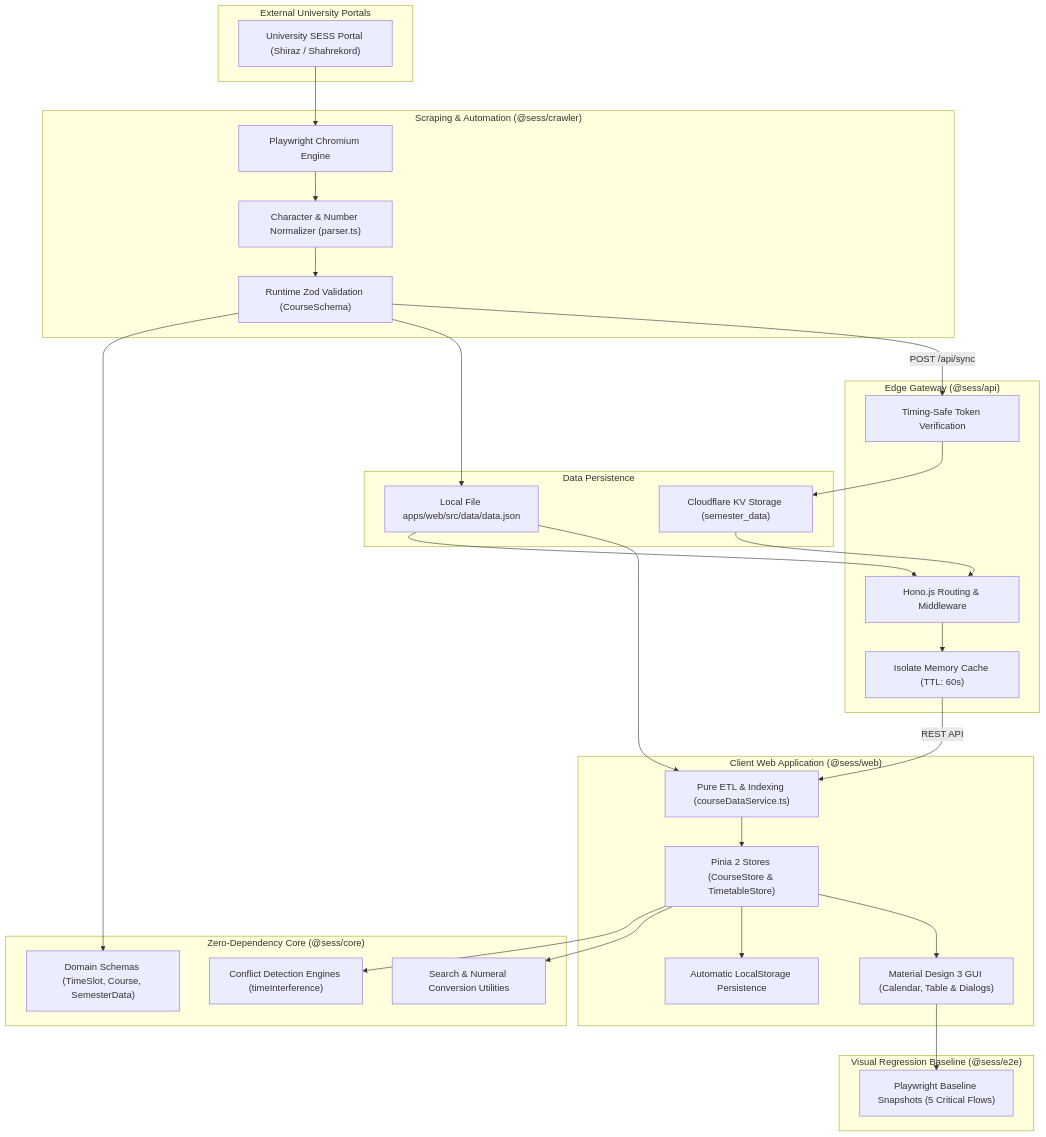
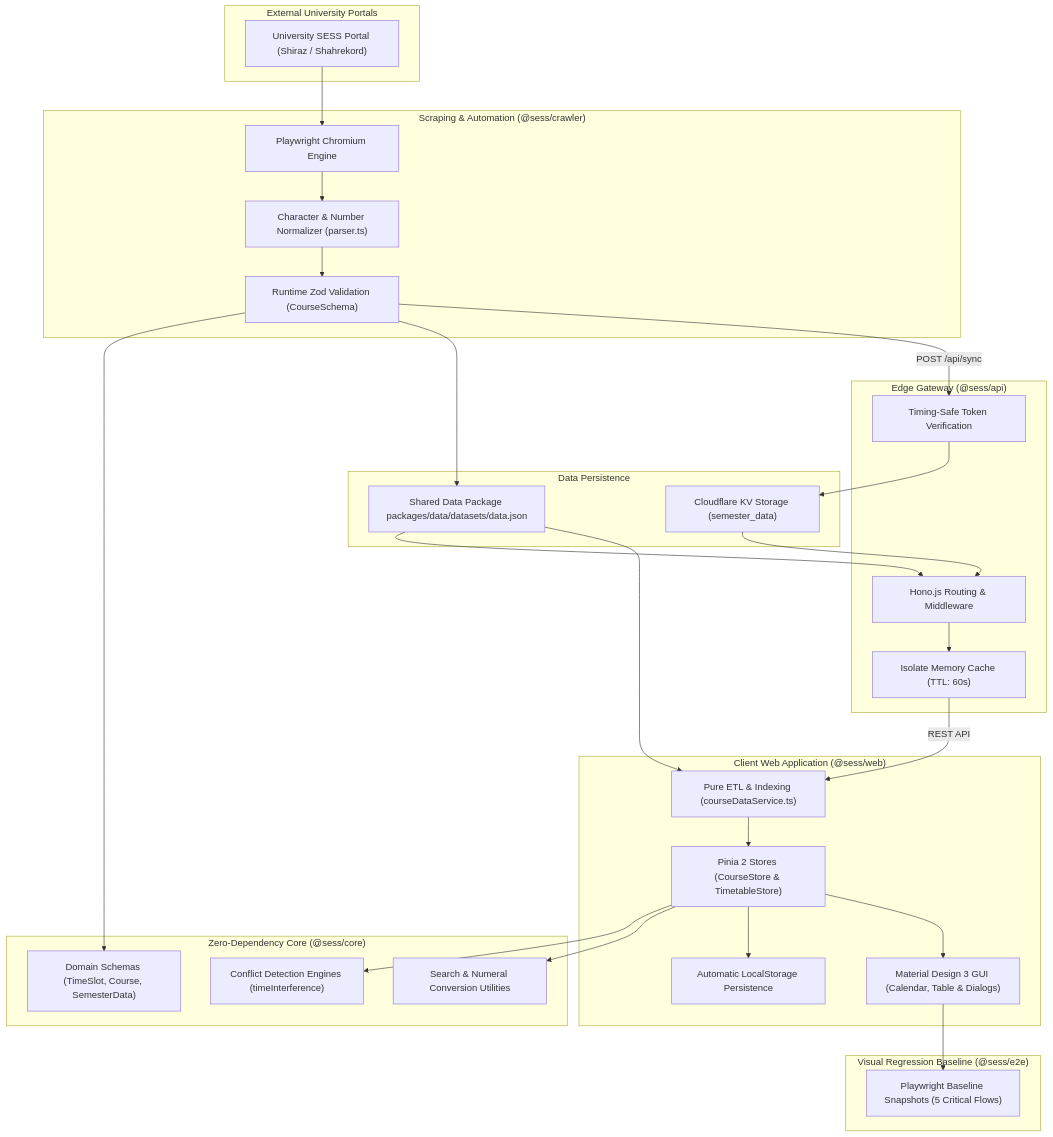
The diagram in apps/docs/en/architecture/core-first.md (rashcode-com/Sess-Timetabling-App), drawn with Mermaid before and after one commit. The commit also changed 31 other files, not shown here.

First line of the commit message:
feat(data): Decouple dataset package and optimize async web loading

````diff
--- a/apps/docs/en/architecture/core-first.md
+++ b/apps/docs/en/architecture/core-first.md
@@ -44,59 +44,59 @@
 ```mermaid
 flowchart TD
     subgraph SESS_Source ["External University Portals"]
         SESS["University SESS Portal (Shiraz / Shahrekord)"]
     end
 
     subgraph CrawlerLayer ["Scraping & Automation (@sess/crawler)"]
         PW["Playwright Chromium Engine"]
         NORM["Character & Number Normalizer (parser.ts)"]
         VALIDATE["Runtime Zod Validation (CourseSchema)"]
     end
 
     subgraph CoreLayer ["Zero-Dependency Core (@sess/core)"]
         SCHEMAS["Domain Schemas (TimeSlot, Course, SemesterData)"]
         ENGINES["Conflict Detection Engines (timeInterference)"]
         HELPERS["Search & Numeral Conversion Utilities"]
     end
 
     subgraph StorageLayer ["Data Persistence"]
         KV["Cloudflare KV Storage (semester_data)"]
-        JSON["Local File apps/web/src/data/data.json"]
+        JSON["Shared Data Package packages/data/datasets/data.json"]
     end
 
     subgraph APIGateway ["Edge Gateway (@sess/api)"]
         HONO["Hono.js Routing & Middleware"]
         SECURE["Timing-Safe Token Verification"]
         CACHE["Isolate Memory Cache (TTL: 60s)"]
     end
 
     subgraph WebClient ["Client Web Application (@sess/web)"]
         ETL["Pure ETL & Indexing (courseDataService.ts)"]
         STORES["Pinia 2 Stores (CourseStore & TimetableStore)"]
         PERSIST["Automatic LocalStorage Persistence"]
         GUI["Material Design 3 GUI (Calendar, Table & Dialogs)"]
     end
 
     subgraph E2ELayer ["Visual Regression Baseline (@sess/e2e)"]
         SNAPSHOTS["Playwright Baseline Snapshots (5 Critical Flows)"]
     end
 
     SESS --> PW
     PW --> NORM
     NORM --> VALIDATE
     VALIDATE --> SCHEMAS
     VALIDATE --> JSON
     VALIDATE -- POST /api/sync --> SECURE
     SECURE --> KV
     JSON --> HONO
     KV --> HONO
     HONO --> CACHE
     JSON --> ETL
     CACHE -- REST API --> ETL
     ETL --> STORES
     STORES --> ENGINES
     STORES --> HELPERS
     STORES --> PERSIST
     STORES --> GUI
     GUI --> SNAPSHOTS
 ```
````
